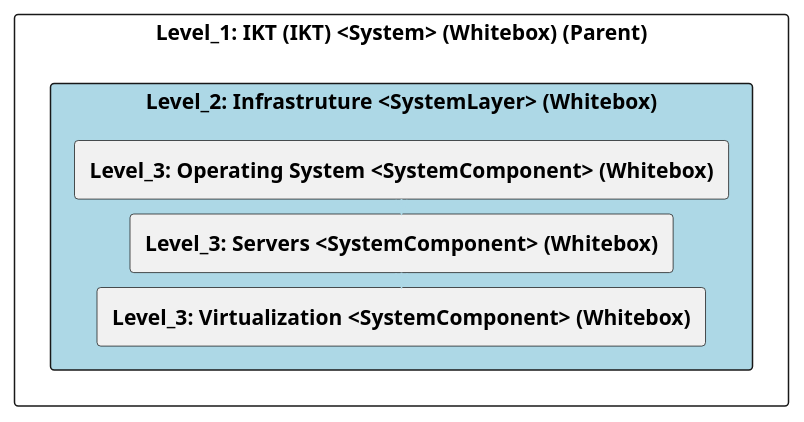
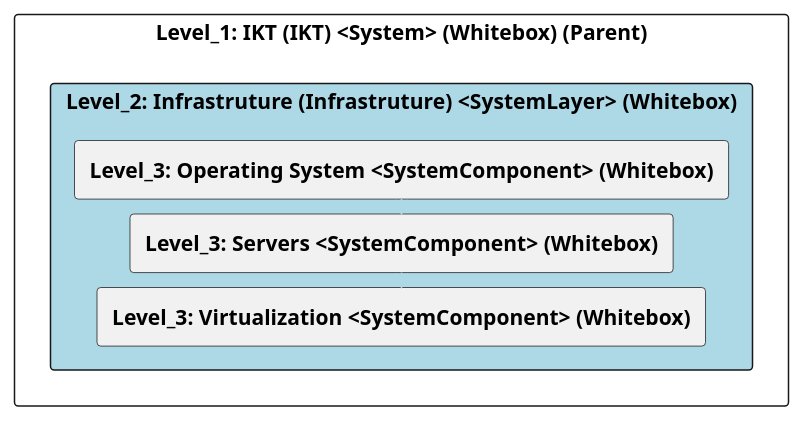
The diagram in src/cleon.architecturemethods.arc42.sample/doc/cleon_architecturemethods_arc42_sample_system/adoc/en/05_building_block_view/ikt/infrastruture/level_2_infrastruture.adoc (marcozwyssig/cleon), drawn with PlantUML before and after one commit. The commit also changed other lines of this file and 166 other files, not shown here.

```diff
--- a/src/cleon.architecturemethods.arc42.sample/doc/cleon_architecturemethods_arc42_sample_system/adoc/en/05_building_block_view/ikt/infrastruture/level_2_infrastruture.adoc
+++ b/src/cleon.architecturemethods.arc42.sample/doc/cleon_architecturemethods_arc42_sample_system/adoc/en/05_building_block_view/ikt/infrastruture/level_2_infrastruture.adoc
@@ -20,30 +20,30 @@
-[plantuml, Level_2: Infrastruture <SystemLayer> (Whitebox)BlockOverview, format="svg"]
+[plantuml, Level_2: Infrastruture (Infrastruture) <SystemLayer> (Whitebox)BlockOverview, format="svg"]
 ----
-@startuml Level_2: Infrastruture <SystemLayer> (Whitebox)BuildingBlockOverview
+@startuml Level_2: Infrastruture (Infrastruture) <SystemLayer> (Whitebox)BuildingBlockOverview
 
 skinparam ranksep 10
 skinparam componentStyle rectangle
 skinparam shadowing false
 skinparam arrowColor lightblue
 skinparam arrowThickness 1.2
 skinparam rectangle {
   BackgroundColor White
   BorderColor #333
   RoundCorner 10
 }
 top to bottom direction
 
 component "Level_1: IKT (IKT) <System> (Whitebox) (Parent)" {
-    component "Level_2: Infrastruture <SystemLayer> (Whitebox)" #lightblue {
+    component "Level_2: Infrastruture (Infrastruture) <SystemLayer> (Whitebox)" #lightblue {
         [**Level_3: Operating System <SystemComponent> (Whitebox)**] as 07FC9046_BEE7_11EF_8DCB_A78DEF9EA3BD
         [**Level_3: Servers <SystemComponent> (Whitebox)**] as 42DB7E7F_BEDF_11EF_B498_058EE446F8E7
         [**Level_3: Virtualization <SystemComponent> (Whitebox)**] as 483100CA_BEDF_11EF_B498_058EE446F8E7
     }
 
     07FC9046_BEE7_11EF_8DCB_A78DEF9EA3BD -down-> 42DB7E7F_BEDF_11EF_B498_058EE446F8E7
     42DB7E7F_BEDF_11EF_B498_058EE446F8E7 -down-> 483100CA_BEDF_11EF_B498_058EE446F8E7
     
 }
 
 @enduml
 ----
```
